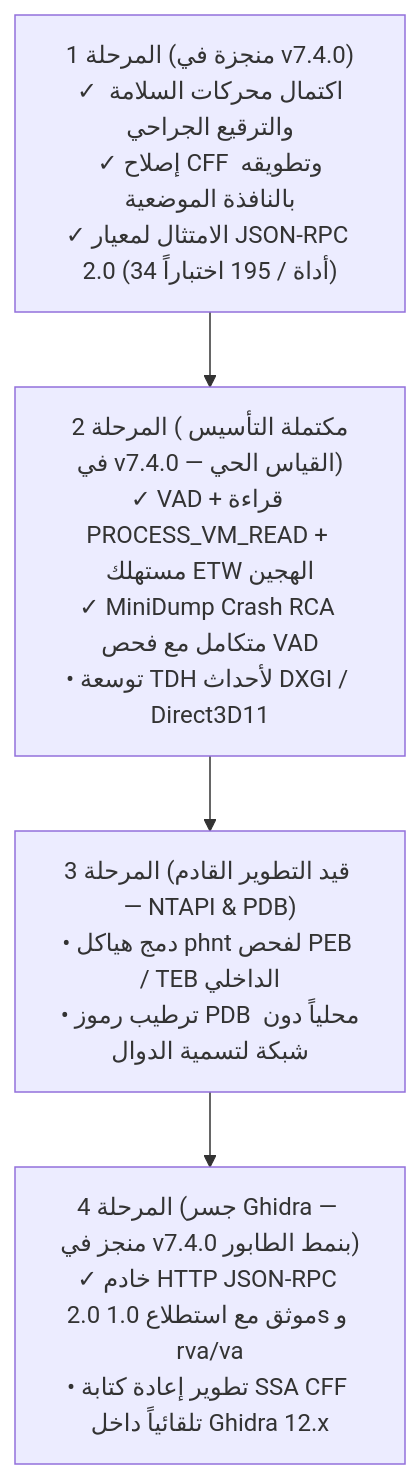
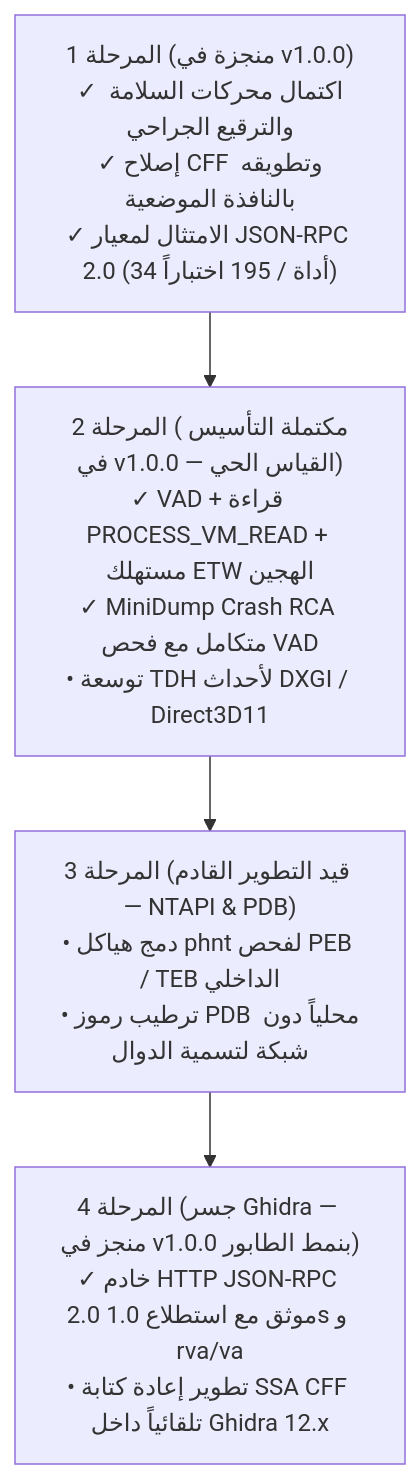
The diagram in docs/ROADMAP.md (bio-colab/bintra), drawn with Mermaid before and after one commit. The commit also changed other lines of this file and 78 other files, not shown here.

````diff
--- a/docs/ROADMAP.md
+++ b/docs/ROADMAP.md
@@ -74,11 +74,11 @@
 ```mermaid
 flowchart TD
-    M1["المرحلة 1 (منجزة في v7.4.0)<br>✓ اكتمال محركات السلامة والترقيع الجراحي<br>✓ إصلاح CFF وتطويقه بالنافذة الموضعية<br>✓ الامتثال لمعيار JSON-RPC 2.0 (34 أداة / 195 اختباراً)"]
-    M2["المرحلة 2 (مكتملة التأسيس في v7.4.0 — القياس الحي)<br>✓ VAD + قراءة PROCESS_VM_READ + مستهلك ETW الهجين<br>✓ MiniDump Crash RCA متكامل مع فحص VAD<br>• توسعة TDH لأحداث DXGI / Direct3D11"]
+    M1["المرحلة 1 (منجزة في v1.0.0)<br>✓ اكتمال محركات السلامة والترقيع الجراحي<br>✓ إصلاح CFF وتطويقه بالنافذة الموضعية<br>✓ الامتثال لمعيار JSON-RPC 2.0 (34 أداة / 195 اختباراً)"]
+    M2["المرحلة 2 (مكتملة التأسيس في v1.0.0 — القياس الحي)<br>✓ VAD + قراءة PROCESS_VM_READ + مستهلك ETW الهجين<br>✓ MiniDump Crash RCA متكامل مع فحص VAD<br>• توسعة TDH لأحداث DXGI / Direct3D11"]
     M3["المرحلة 3 (قيد التطوير القادم — NTAPI & PDB)<br>• دمج هياكل phnt لفحص PEB / TEB الداخلي<br>• ترطيب رموز PDB محلياً دون شبكة لتسمية الدوال"]
-    M4["المرحلة 4 (جسر Ghidra — منجز في v7.4.0 بنمط الطابور)<br>✓ خادم HTTP JSON-RPC 2.0 موثق مع استطلاع 1.0s و rva/va<br>• تطوير إعادة كتابة SSA CFF تلقائياً داخل Ghidra 12.x"]
+    M4["المرحلة 4 (جسر Ghidra — منجز في v1.0.0 بنمط الطابور)<br>✓ خادم HTTP JSON-RPC 2.0 موثق مع استطلاع 1.0s و rva/va<br>• تطوير إعادة كتابة SSA CFF تلقائياً داخل Ghidra 12.x"]
 
     M1 --> M2
     M2 --> M3
     M3 --> M4
 ```
````
